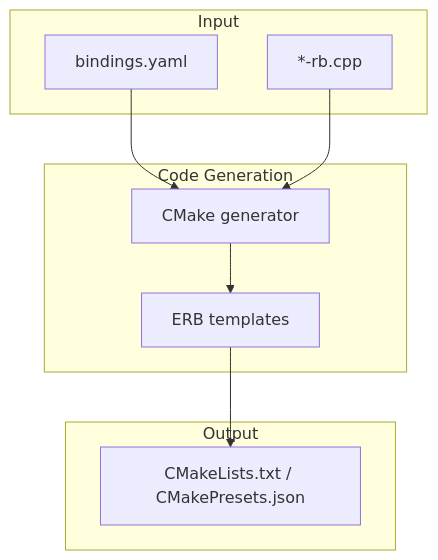
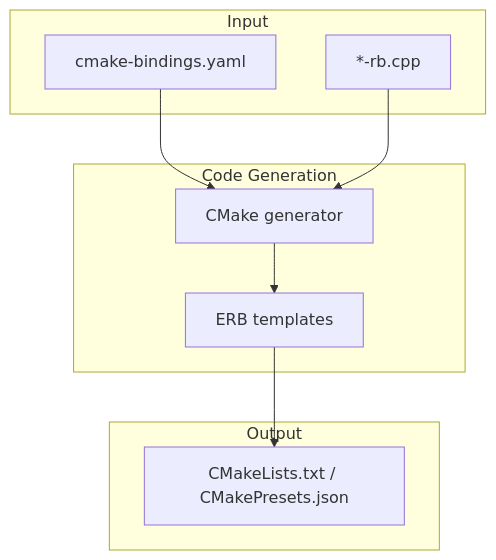
Before and after one commit to ruby-rice/ruby-bindgen: the second of 2 diagrams in docs/architecture.md, drawn with Mermaid.

Commit message:
Use cmake-bindings.yaml in CMake-generation diagram
The Rice flow diagram above uses bindings.yaml; the CMake flow
typically uses a separate cmake-bindings.yaml in real projects
(e.g., opencv-ruby). Match that convention in the diagram.

````diff
--- a/docs/architecture.md
+++ b/docs/architecture.md
@@ -63,21 +63,21 @@
 ``` mermaid
 flowchart TD
     subgraph Input
-        Y["bindings.yaml"]
+        Y["cmake-bindings.yaml"]
         S["*-rb.cpp"]
     end
 
     subgraph "Code Generation"
         V2["CMake generator"]
         ERB2["ERB templates"]
         V2 --> ERB2
     end
 
     subgraph Output
         F["CMakeLists.txt / CMakePresets.json"]
     end
 
     Y --> V2
     S --> V2
     ERB2 --> F
 ```
````
